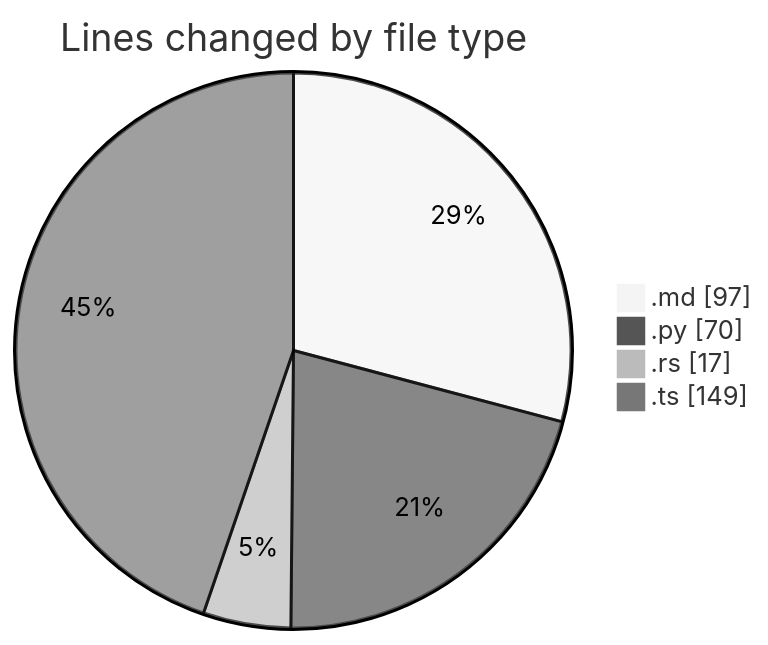
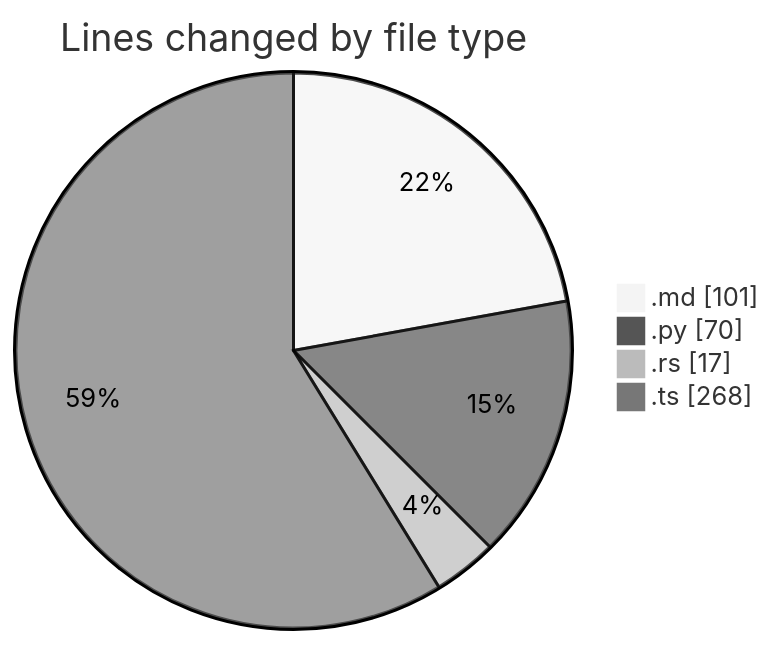
The first of 2 diagrams in repositories/2024-12-28/leetcode-solutions/README.md (ernivani/code-tracking), drawn with Mermaid (neutral theme) before and after one commit. The commit also changed other lines of this file and 1 other file, not shown here.

````diff
--- a/repositories/2024-12-28/leetcode-solutions/README.md
+++ b/repositories/2024-12-28/leetcode-solutions/README.md
@@ -27,8 +30,8 @@
 ```mermaid
 pie showData
 title Lines changed by file type
-".md" : 97
+".md" : 101
 ".py" : 70
 ".rs" : 17
-".ts" : 149
+".ts" : 268
 ```
````
